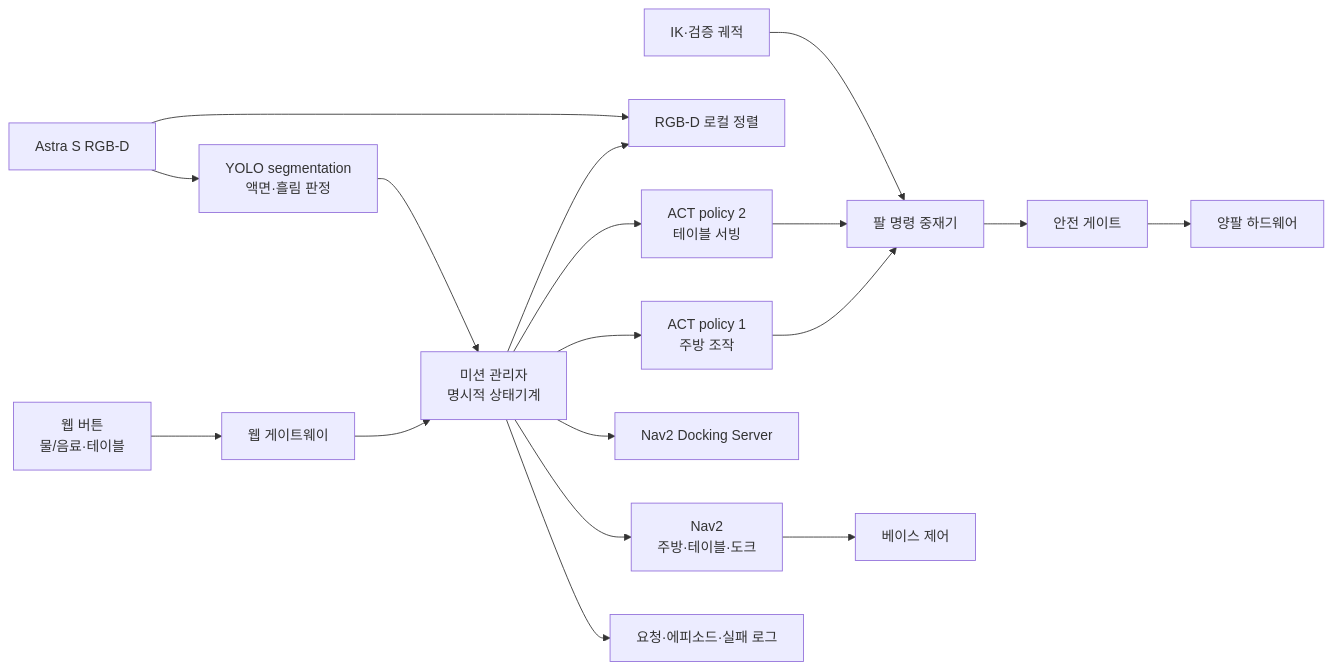
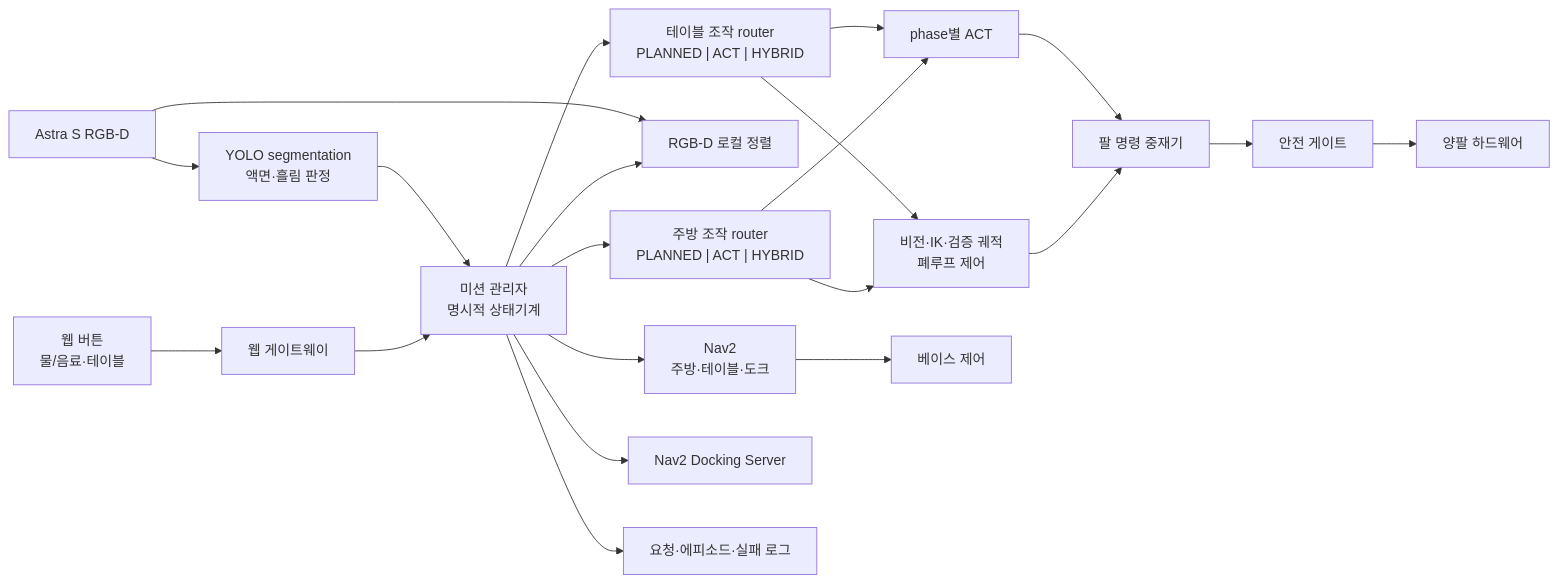
The diagram in docs/20260907_물서빙로봇_회의결정과_실행범위.md (mmporong/bimanual-robot), drawn with Mermaid before and after one commit. The commit also changed other lines of this file and 22 other files, not shown here.

````diff
--- a/docs/20260907_물서빙로봇_회의결정과_실행범위.md
+++ b/docs/20260907_물서빙로봇_회의결정과_실행범위.md
@@ -32,20 +35,23 @@
 ```mermaid
 flowchart LR
     WEB["웹 버튼<br/>물/음료·테이블"] --> GW[웹 게이트웨이]
     GW --> MISSION["미션 관리자<br/>명시적 상태기계"]
     MISSION --> NAV["Nav2<br/>주방·테이블·도크"]
     MISSION --> ALIGN[RGB-D 로컬 정렬]
-    MISSION --> P1["ACT policy 1<br/>주방 조작"]
-    MISSION --> P2["ACT policy 2<br/>테이블 서빙"]
+    MISSION --> P1["주방 조작 router<br/>PLANNED | ACT | HYBRID"]
+    MISSION --> P2["테이블 조작 router<br/>PLANNED | ACT | HYBRID"]
     MISSION --> DOCK[Nav2 Docking Server]
     CAM[Astra S RGB-D] --> ALIGN
     CAM --> FILL["YOLO segmentation<br/>액면·흘림 판정"]
     FILL --> MISSION
-    P1 --> MUX[팔 명령 중재기]
-    P2 --> MUX
-    IK[IK·검증 궤적] --> MUX
+    P1 --> PLAN[비전·IK·검증 궤적<br/>폐루프 제어]
+    P1 --> ACT[phase별 ACT]
+    P2 --> PLAN
+    P2 --> ACT
+    PLAN --> MUX[팔 명령 중재기]
+    ACT --> MUX
     MUX --> SAFE[안전 게이트]
     NAV --> BASE[베이스 제어]
     SAFE --> ARM[양팔 하드웨어]
     MISSION --> LOG[요청·에피소드·실패 로그]
 ```
````
